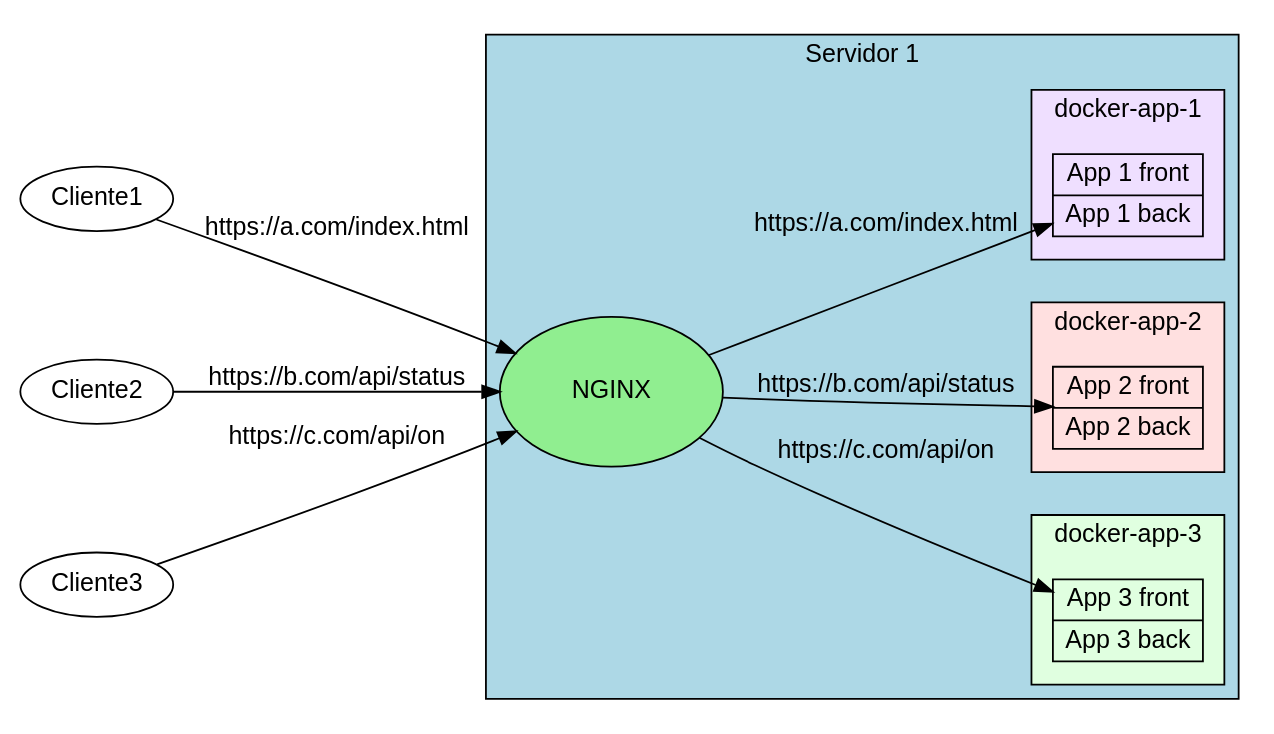
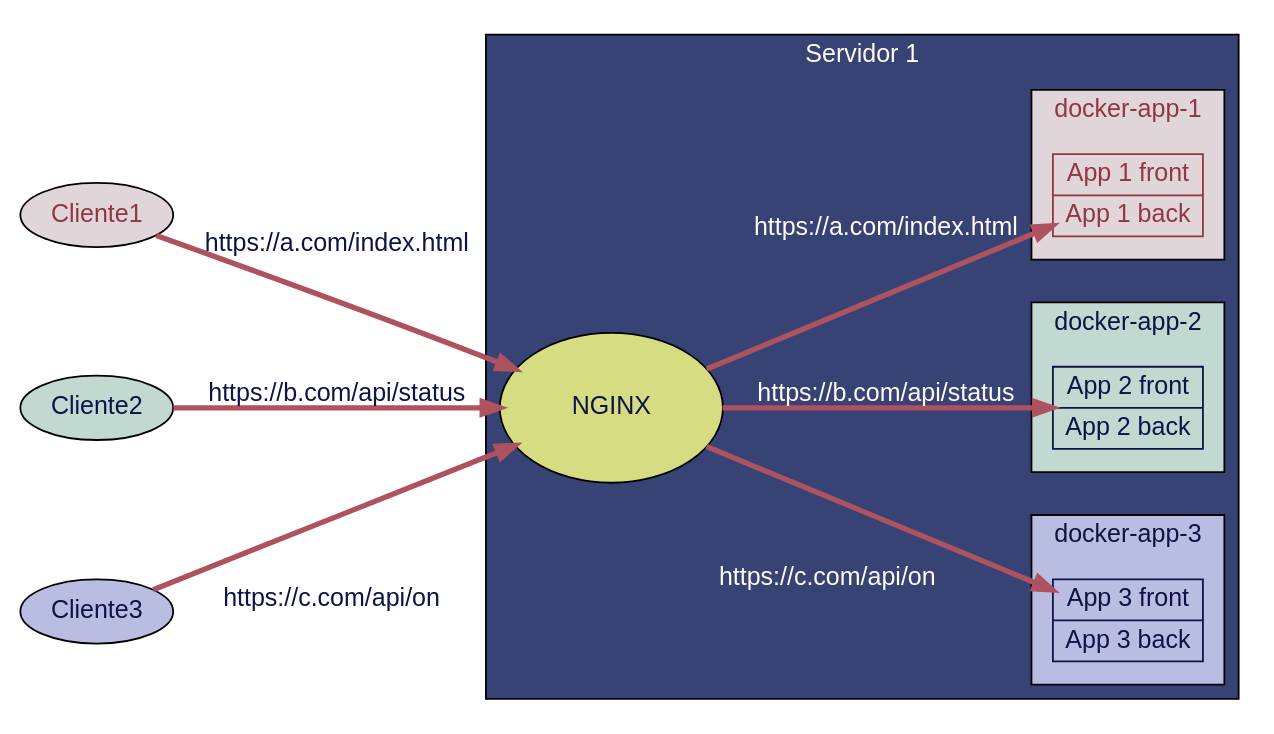
The diagram in 4_sem/thesis/s20_final/gviz/nginx_designa.gv (mitsiu-carreno/data_science_content), drawn with Graphviz before and after one commit. The commit also changed 3 other files, not shown here.

Commit message:
update nginx graph

```diff
--- a/4_sem/thesis/s20_final/gviz/nginx_designa.gv
+++ b/4_sem/thesis/s20_final/gviz/nginx_designa.gv
@@ -1,59 +1,67 @@
 digraph G {
   # dot -Tsvg file.gv -o file.sgv | kitty icat file.svg
   fontname="Helvetica,Arial,sans-serif"
   node [fontname="Helvetica,Arial,sans-serif"]
   edge [fontname="Helvetica,Arial,sans-serif"]
   concentrate=True;
   rankdir=LR;
   #ranksep=1.2
   nodesep=1
   #node [shape=record];
   
   
   
   subgraph clusterS1 {
     label="Servidor 1"
     style = filled;
-    bgcolor = lightblue;
+    bgcolor ="#374375";
+    fontcolor="#fffcf5"
     
     nginx[
       label="NGINX" 
       margin=0.3 
       style=filled
-      fillcolor=lightgreen 
+      fillcolor="#d6dc82"
+      fontcolor="#0d1445" 
     ]
     
     subgraph clusterD3 {
         label="docker-app-3"
         margin="12"
-        bgcolor="#e0ffe0"
-        app3 [label="App 3 front | App 3 back" shape=record]
+        bgcolor="#babde2"
+        fontcolor="#0d1445"
+        app3 [label="App 3 front | App 3 back" shape=record fontcolor="#0d1445" color="#0d1445"]
     }
     
     subgraph clusterD2 {
         label="docker-app-2"
         margin="12"
-        bgcolor="#ffe0e0"
-        app2 [label="App 2 front | App 2 back" shape=record]
+        bgcolor="#c2d9d1"
+        fontcolor="#0d1445"
+        app2 [label="App 2 front | App 2 back" shape=record fontcolor="#0d1445" color="#0d1445"]
     }
     
     subgraph clusterD1 {
         label="docker-app-1"
         margin="12"
         style = filled;
-        bgcolor="#efdfff"
-        app1 [label="App 1 front | App 1 back" shape=record]
+        bgcolor="#e0d6d9"
+        fontcolor="#933643"
+        app1 [label="App 1 front | App 1 back" shape=record fontcolor="#933643" color="#933643"]
     }
 
   }
 
-   
-  Cliente1 -> nginx [label="https://a.com/index.html"] 
-  Cliente2 -> nginx [label="https://b.com/api/status"] 
-  Cliente3 -> nginx [label="https://c.com/api/on"] 
+  Cliente1 [style=filled fillcolor="#e0d6d9", fontcolor="#933643"]  
+  Cliente2 [style=filled fillcolor="#c2d9d1", fontcolor="#0d1445"]
+  Cliente3 [style=filled fillcolor="#babde2", fontcolor="#0d1445"]
+ 
+  Cliente1 -> nginx [label="https://a.com/index.html" fontcolor="#0d1445" color="#ad525e" penwidth=3] 
+  Cliente2 -> nginx [label="https://b.com/api/status" fontcolor="#0d1445" color="#ad525e" penwidth=3] 
+  Cliente3 -> nginx [taillabel="https://c.com/api/on" labeldistance=10 fontcolor="#0d1445" color="#ad525e" penwidth=3]  
   
-  nginx -> app1 [label="https://a.com/index.html"];
-  nginx -> app2 [label="https://b.com/api/status"];
-  nginx -> app3 [label="https://c.com/api/on"];
+  nginx -> app1 [label="https://a.com/index.html" fontcolor="#fffcf5" color="#ad525e" penwidth=3];
+  nginx -> app2 [label="https://b.com/api/status" fontcolor="#fffcf5" color="#ad525e" penwidth=3];
+  nginx -> app3 [taillabel="https://c.com/api/on" labeldistance=10 fontcolor="#fffcf5" color="#ad525e" penwidth=3];
 
 }
```
